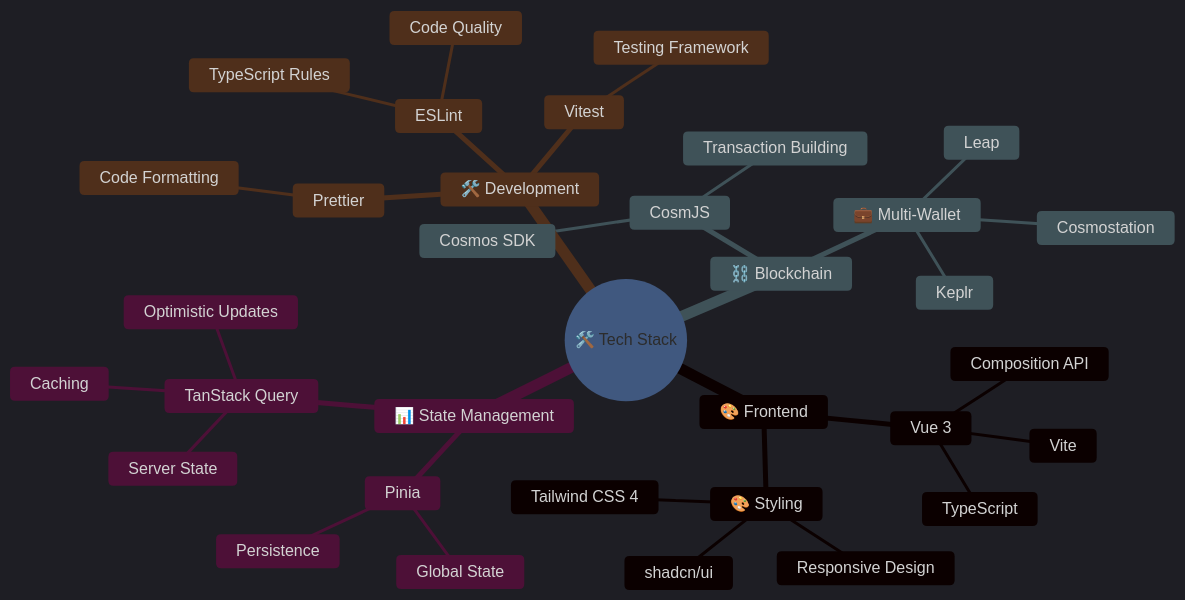
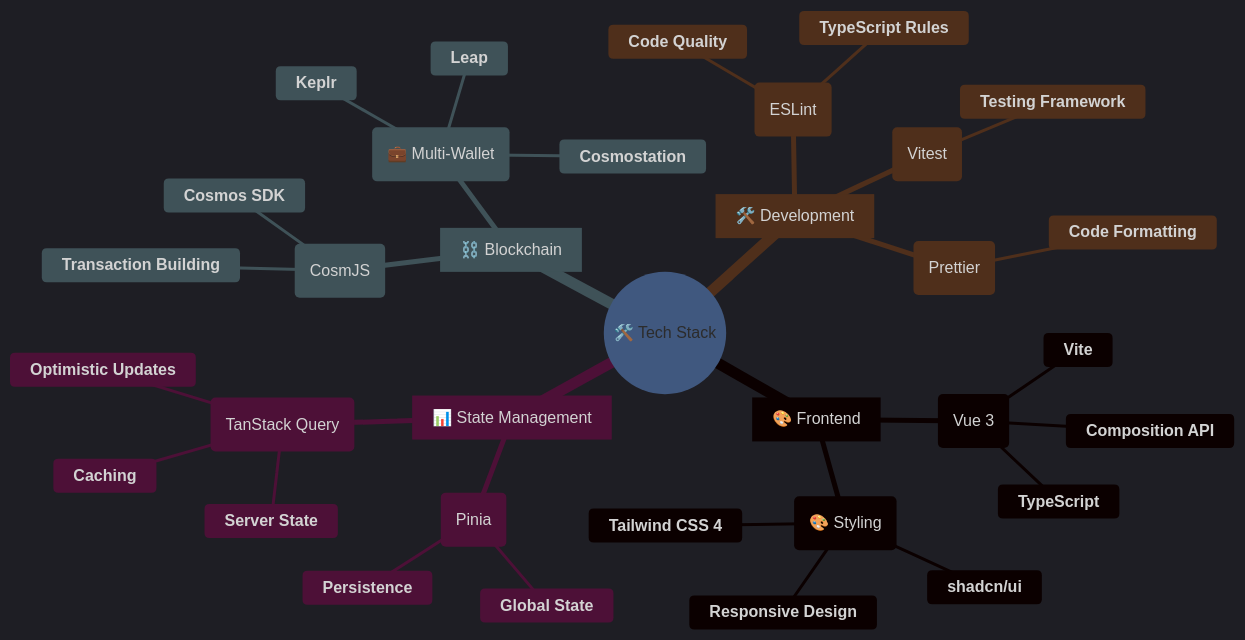
The first of 4 diagrams in packages/frontend-main/README.md (allinbits/dither.chat), drawn with Mermaid before and after one commit.

Commit message:
chore: improved mindmap

````diff
--- a/packages/frontend-main/README.md
+++ b/packages/frontend-main/README.md
@@ -82,38 +82,38 @@
 ```mermaid
 %%{init: {'theme':'dark', 'themeVariables': { 'primaryColor': '#1e40af', 'primaryTextColor': '#f8fafc', 'primaryBorderColor': '#60a5fa', 'lineColor': '#64748b', 'secondaryColor': '#1e293b', 'tertiaryColor': '#334155'}}}%%
 mindmap
   root((🛠️ Tech Stack))
-    🎨 Frontend
-      Vue 3
-        Composition API
-        TypeScript
-        Vite
-      🎨 Styling
-        Tailwind CSS 4
-        shadcn/ui
-        Responsive Design
-    📊 State Management
-      Pinia
-        Global State
-        Persistence
-      TanStack Query
-        Server State
-        Caching
-        Optimistic Updates
-    ⛓️ Blockchain
-      CosmJS
-        Cosmos SDK
-        Transaction Building
-      💼 Multi-Wallet
-        Keplr
-        Leap
-        Cosmostation
-    🛠️ Development
-      ESLint
-        Code Quality
-        TypeScript Rules
-      Prettier
-        Code Formatting
-      Vitest
-        Testing Framework
+    [🎨 Frontend]
+      (Vue 3)
+        **Composition API**
+        **TypeScript**
+        **Vite**
+      (🎨 Styling)
+        **Tailwind CSS 4**
+        **shadcn/ui**
+        **Responsive Design**
+    [📊 State Management]
+      (Pinia)
+        **Global State**
+        **Persistence**
+      (TanStack Query)
+        **Server State**
+        **Caching**
+        **Optimistic Updates**
+    [⛓️ Blockchain]
+      (CosmJS)
+        **Cosmos SDK**
+        **Transaction Building**
+      (💼 Multi-Wallet)
+        **Keplr**
+        **Leap**
+        **Cosmostation**
+    [🛠️ Development]
+      (ESLint)
+        **Code Quality**
+        **TypeScript Rules**
+      (Prettier)
+        **Code Formatting**
+      (Vitest)
+        **Testing Framework**
 ```
````
